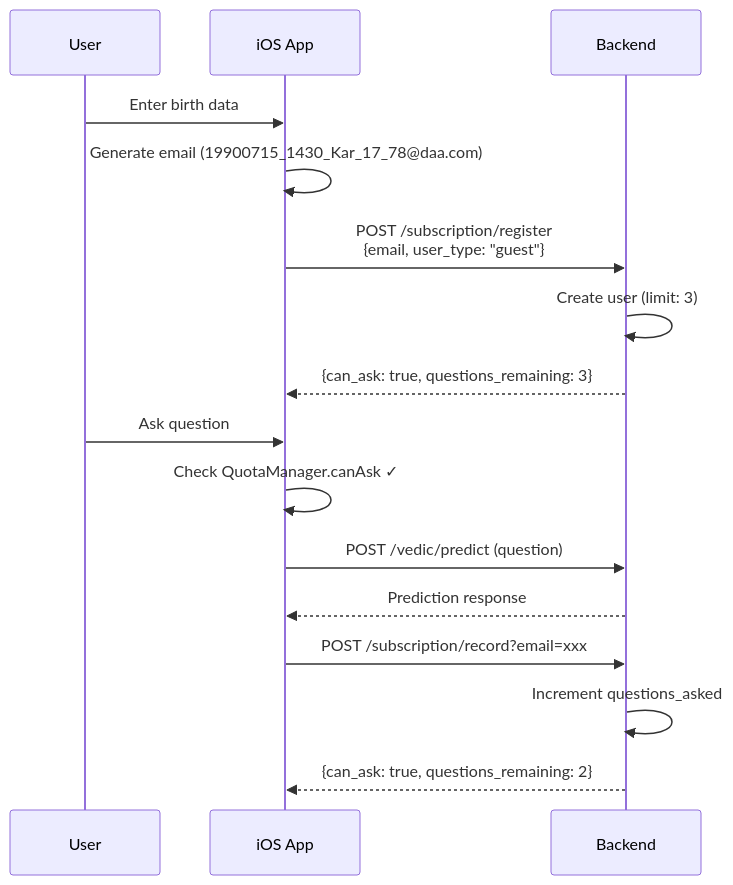
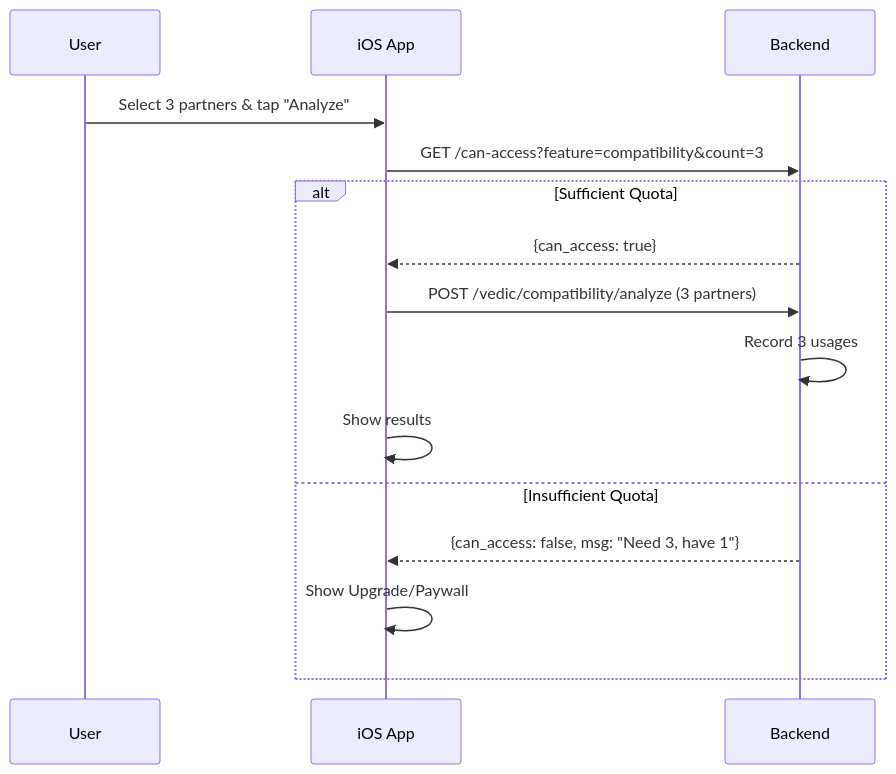
The first of 2 diagrams in doc/subscription_flow.md (prabhupredictions/destinyios), drawn with Mermaid before and after one commit. The commit also changed other lines of this file and 5 other files, not shown here.

Commit message:
Update subscription system: Fix Test.xcconfig URL, align quota logic with backend

````diff
--- a/doc/subscription_flow.md
+++ b/doc/subscription_flow.md
@@ -354,20 +186,19 @@
 ```mermaid
 sequenceDiagram
     participant U as User
     participant I as iOS App
     participant B as Backend
     
-    U->>I: Enter birth data
-    I->>I: Generate email (19900715_1430_Kar_17_78@daa.com)
-    I->>B: POST /subscription/register<br/>{email, user_type: "guest"}
-    B->>B: Create user (limit: 3)
-    B-->>I: {can_ask: true, questions_remaining: 3}
+    U->>I: Select 3 partners & tap "Analyze"
+    I->>B: GET /can-access?feature=compatibility&count=3
     
-    U->>I: Ask question
-    I->>I: Check QuotaManager.canAsk ✓
-    I->>B: POST /vedic/predict (question)
-    B-->>I: Prediction response
-    I->>B: POST /subscription/record?email=xxx
-    B->>B: Increment questions_asked
-    B-->>I: {can_ask: true, questions_remaining: 2}
+    alt Sufficient Quota
+        B-->>I: {can_access: true}
+        I->>B: POST /vedic/compatibility/analyze (3 partners)
+        B->>B: Record 3 usages
+        I->>I: Show results
+    else Insufficient Quota
+        B-->>I: {can_access: false, msg: "Need 3, have 1"}
+        I->>I: Show Upgrade/Paywall
+    end
 ```
````
